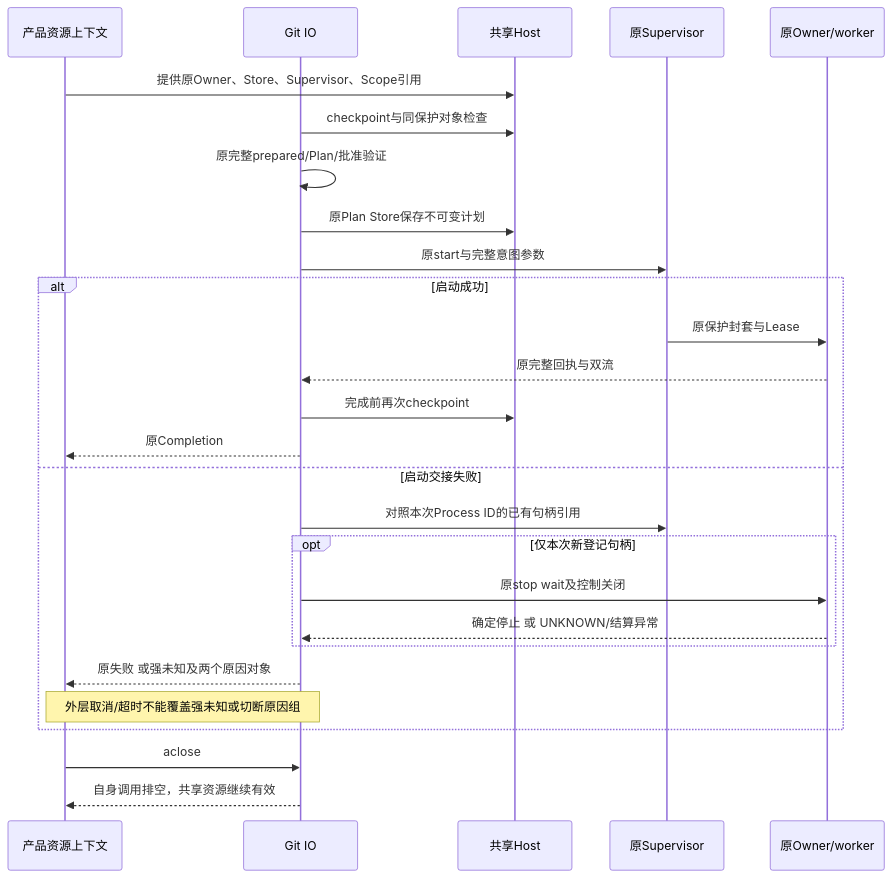
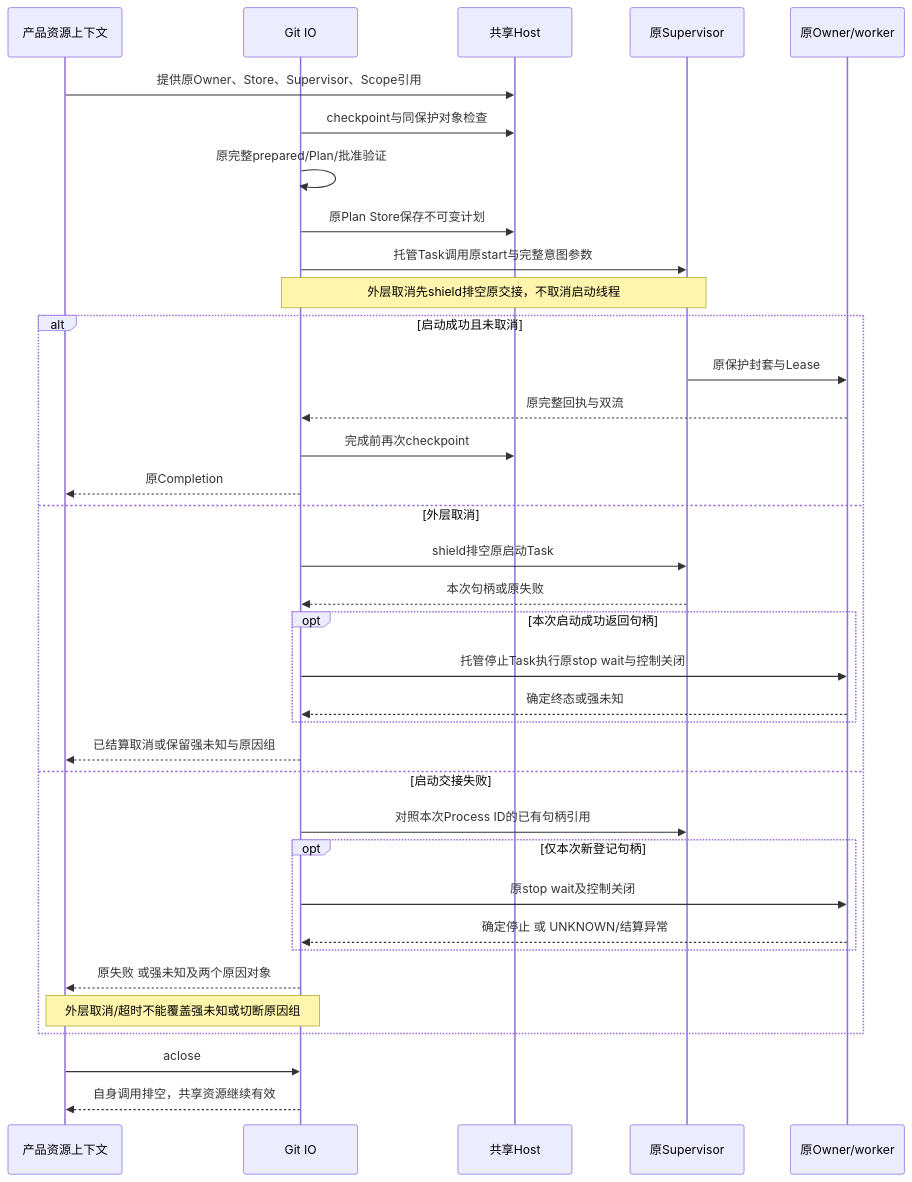
One commit to carrie1988/Harnessix changed the third of 4 diagrams in docs/changes/m09-r4-git-shared-process-host.md. Above: the diagram before and after it, drawn with Mermaid. The commit also changed other lines of this file and 6 other files, not shown here.

````diff
--- a/docs/changes/m09-r4-git-shared-process-host.md
+++ b/docs/changes/m09-r4-git-shared-process-host.md
@@ -105,29 +109,38 @@
 ```mermaid
 sequenceDiagram
   participant Runtime as 产品资源上下文
   participant Port as Git IO
   participant Host as 共享Host
   participant Supervisor as 原Supervisor
   participant Worker as 原Owner/worker
   Runtime->>Host: 提供原Owner、Store、Supervisor、Scope引用
   Port->>Host: checkpoint与同保护对象检查
   Port->>Port: 原完整prepared/Plan/批准验证
   Port->>Host: 原Plan Store保存不可变计划
-  Port->>Supervisor: 原start与完整意图参数
-  alt 启动成功
+  Port->>Supervisor: 托管Task调用原start与完整意图参数
+  Note over Port,Supervisor: 外层取消先shield排空原交接，不取消启动线程
+  alt 启动成功且未取消
     Supervisor->>Worker: 原保护封套与Lease
     Worker-->>Port: 原完整回执与双流
     Port->>Host: 完成前再次checkpoint
     Port-->>Runtime: 原Completion
+  else 外层取消
+    Port->>Supervisor: shield排空原启动Task
+    Supervisor-->>Port: 本次句柄或原失败
+    opt 本次启动成功返回句柄
+      Port->>Worker: 托管停止Task执行原stop wait与控制关闭
+      Worker-->>Port: 确定终态或强未知
+    end
+    Port-->>Runtime: 已结算取消或保留强未知与原因组
   else 启动交接失败
     Port->>Supervisor: 对照本次Process ID的已有句柄引用
     opt 仅本次新登记句柄
       Port->>Worker: 原stop wait及控制关闭
       Worker-->>Port: 确定停止 或 UNKNOWN/结算异常
     end
     Port-->>Runtime: 原失败 或强未知及两个原因对象
     Note over Runtime,Port: 外层取消/超时不能覆盖强未知或切断原因组
   end
   Runtime->>Port: aclose
   Port-->>Runtime: 自身调用排空，共享资源继续有效
 ```
````
